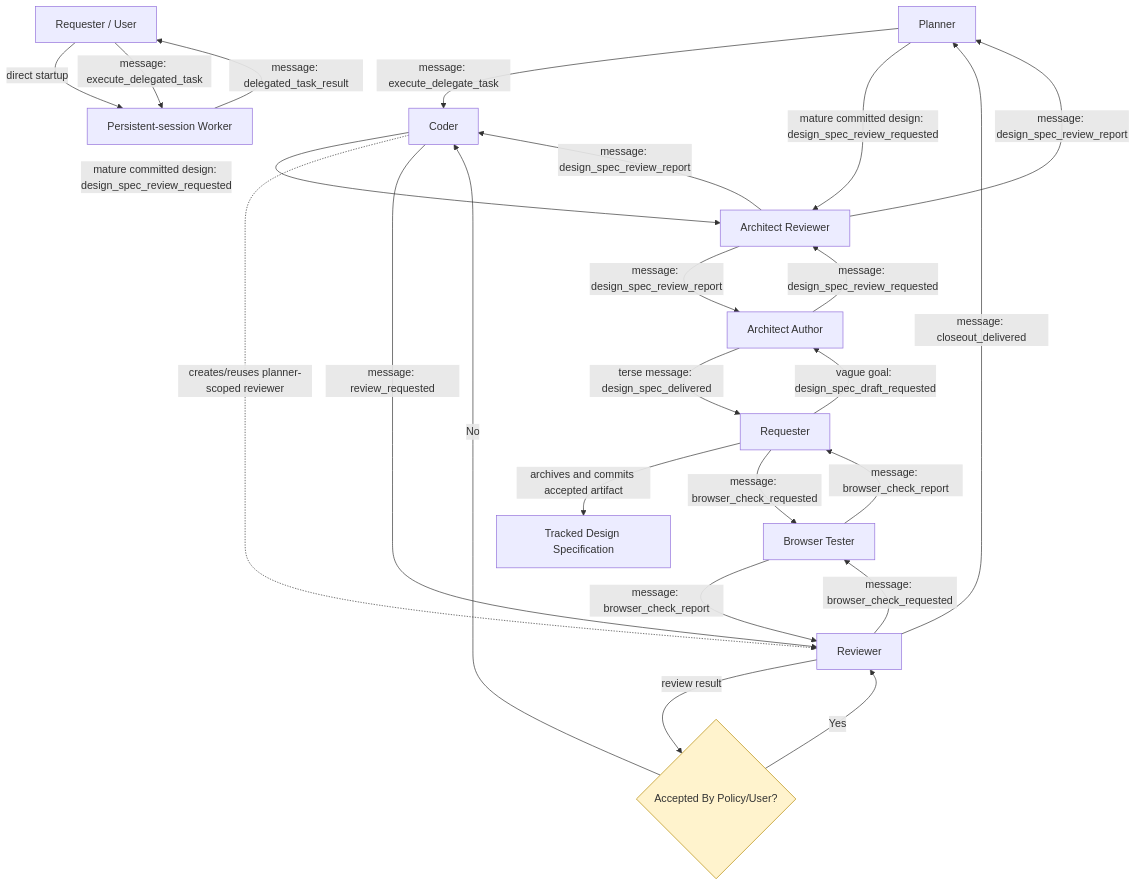
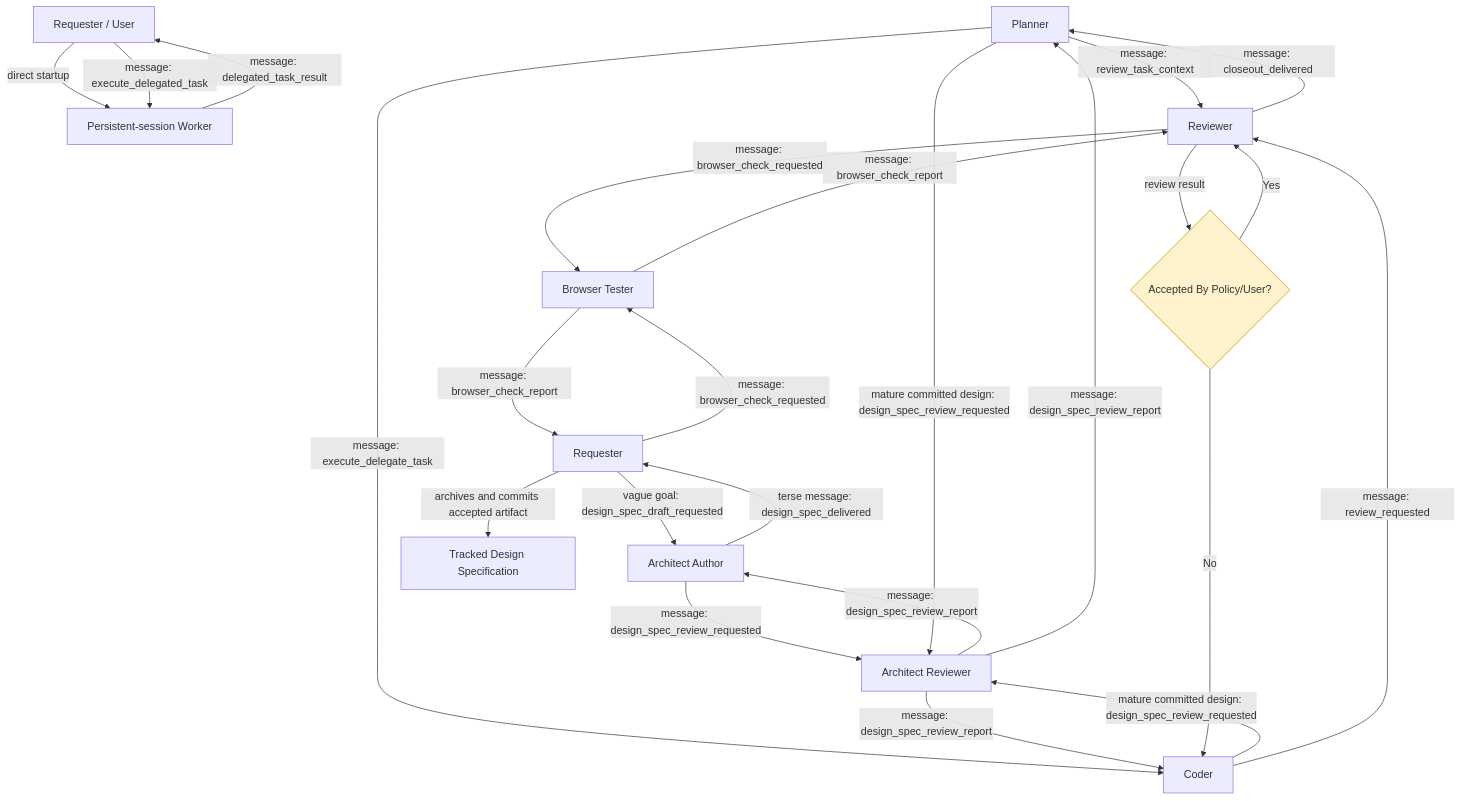
One commit to ruiheng/agentgear changed the diagram in skills/README.md. Above: the diagram before and after it, drawn with Mermaid. The commit also changed other lines of this file and 6 other files, not shown here.

Commit message:
feat(workflow): publish reviewer task context

````diff
--- a/skills/README.md
+++ b/skills/README.md
@@ -133,28 +133,28 @@
 ```mermaid
 flowchart TD
     Q[Requester / User] -->|direct startup| W[Persistent-session Worker]
     Q -->|message: execute_delegated_task| W
     W -->|message: delegated_task_result| Q
-    P[Planner] -->|message: execute_delegate_task| C[Coder]
+    P[Planner] -->|message: review_task_context| R[Reviewer]
+    P -->|message: execute_delegate_task| C[Coder]
     X[Original Requester] -->|vague goal: design_spec_draft_requested| DA[Architect Author]
     DA -->|message: design_spec_review_requested| A[Architect Reviewer]
     A -->|message: design_spec_review_report| DA
     DA -->|terse message: design_spec_delivered| X
     X -->|archives and commits accepted artifact| D[Tracked Design Specification]
     P -->|mature committed design: design_spec_review_requested| A
     C -->|mature committed design: design_spec_review_requested| A
     A -->|message: design_spec_review_report| P
     A -->|message: design_spec_review_report| C
-    C -. creates/reuses planner-scoped reviewer .-> R[Reviewer]
     C -->|message: review_requested| R
     R -->|message: browser_check_requested| B[Browser Tester]
     B -->|message: browser_check_report| R
     X[Requester] -->|message: browser_check_requested| B
     B -->|message: browser_check_report| X
     R -->|review result| DEC{Accepted By Policy/User?}
     DEC -- No --> C
     DEC -- Yes --> R
     R -->|message: closeout_delivered| P
 
     style DEC fill:#fff3cd,stroke:#b58900,stroke-width:1px
 ```
````
